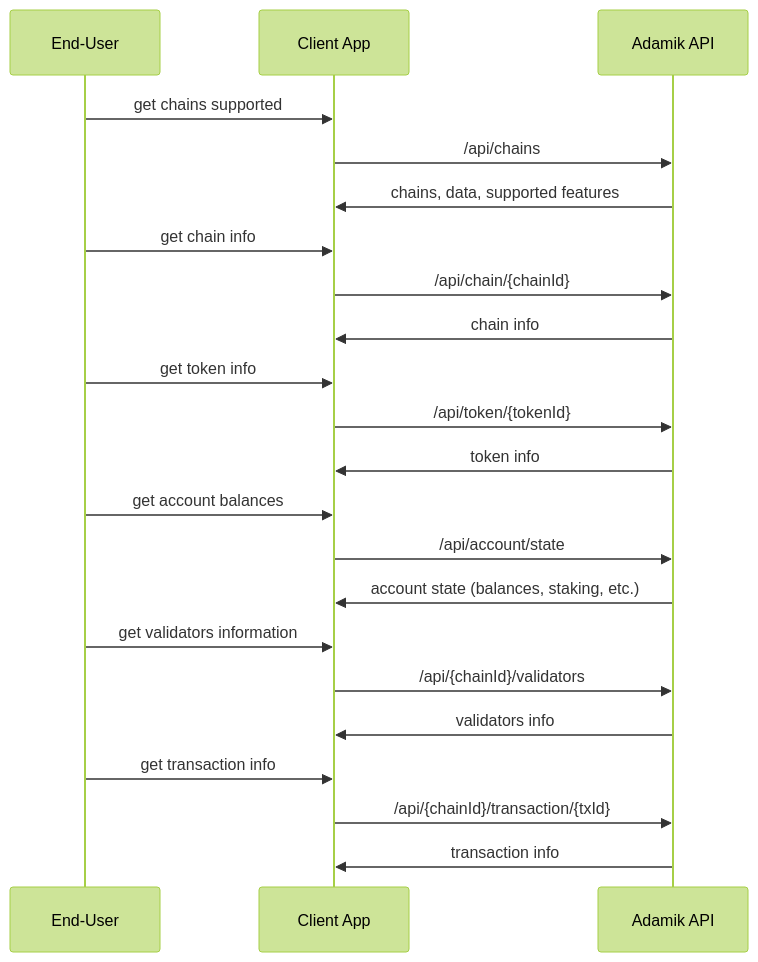
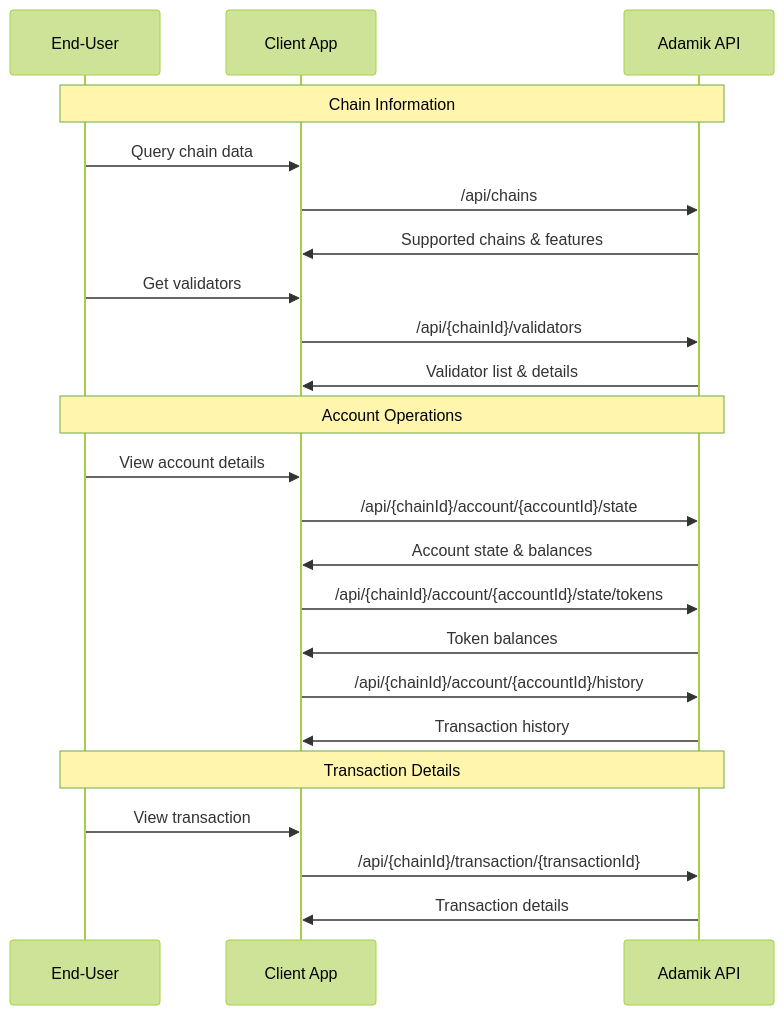
One commit to AdamikHQ/adamik-documentation changed the diagram in api_overview/read_API_overview_and_interaction_flow.mdx. Above: the diagram before and after it, drawn with Mermaid (forest theme). The commit also changed other lines of this file and 1 other file, not shown here.

````diff
--- a/api_overview/read_API_overview_and_interaction_flow.mdx
+++ b/api_overview/read_API_overview_and_interaction_flow.mdx
@@ -8,30 +30,31 @@
 ```mermaid
 sequenceDiagram
     participant USER as End-User
     participant APP as Client App
     participant ADAMIK as Adamik API
 
-    USER->>APP: get chains supported
+    Note over USER,ADAMIK: Chain Information
+    USER->>APP: Query chain data
     APP->>ADAMIK: /api/chains
-    ADAMIK->>APP: chains, data, supported features
+    ADAMIK->>APP: Supported chains & features
 
-    USER->>APP: get chain info
-    APP->>ADAMIK: /api/chain/{chainId}
-    ADAMIK->>APP: chain info
+    USER->>APP: Get validators
+    APP->>ADAMIK: /api/{chainId}/validators
+    ADAMIK->>APP: Validator list & details
 
-    USER->>APP: get token info
-    APP->>ADAMIK: /api/token/{tokenId}
-    ADAMIK->>APP: token info
+    Note over USER,ADAMIK: Account Operations
+    USER->>APP: View account details
+    APP->>ADAMIK: /api/{chainId}/account/{accountId}/state
+    ADAMIK->>APP: Account state & balances
 
-    USER->>APP: get account balances
-    APP->>ADAMIK: /api/account/state
-    ADAMIK->>APP: account state (balances, staking, etc.)
+    APP->>ADAMIK: /api/{chainId}/account/{accountId}/state/tokens
+    ADAMIK->>APP: Token balances
 
-    USER->>APP: get validators information
-    APP->>ADAMIK: /api/{chainId}/validators
-    ADAMIK->>APP: validators info
+    APP->>ADAMIK: /api/{chainId}/account/{accountId}/history
+    ADAMIK->>APP: Transaction history
 
-    USER->>APP: get transaction info
-    APP->>ADAMIK: /api/{chainId}/transaction/{txId}
-    ADAMIK->>APP: transaction info
+    Note over USER,ADAMIK: Transaction Details
+    USER->>APP: View transaction
+    APP->>ADAMIK: /api/{chainId}/transaction/{transactionId}
+    ADAMIK->>APP: Transaction details
 ```
````
